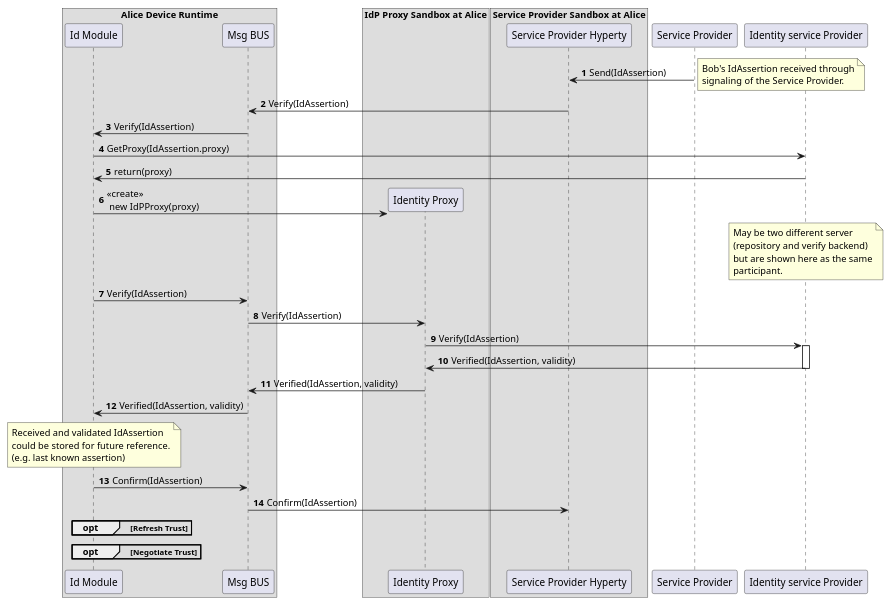
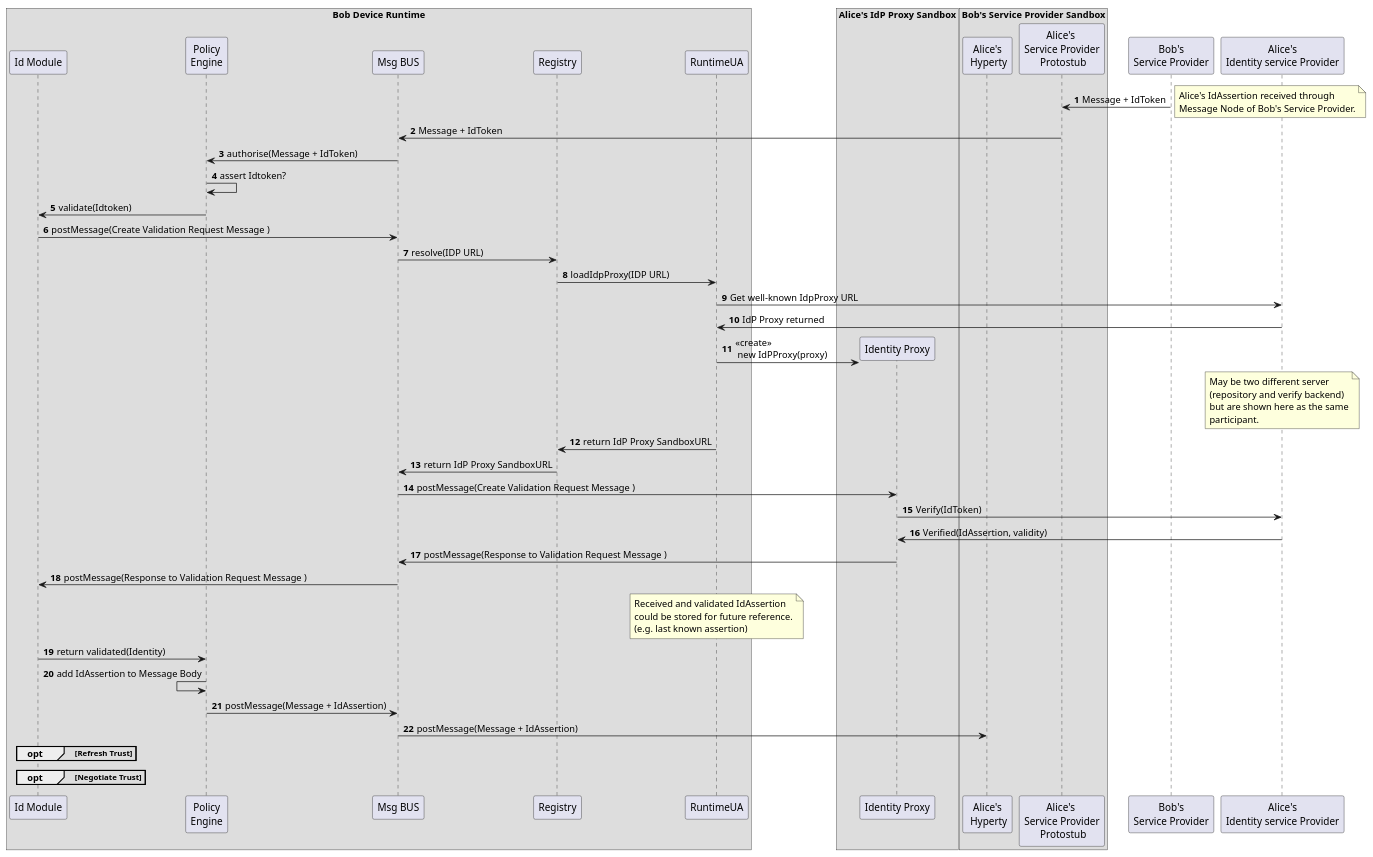
One commit to reTHINK-project/dev-service-framework changed the diagram in docs/specs/dynamic-view/identity-management/uid-assertion-seq.plantuml. Above: the diagram before and after it, drawn with PlantUML. The commit also changed 35 other files, not shown here.

First line of the commit message:
Message data model update: new MessageBody.identity optional attribute

```diff
--- a/docs/specs/dynamic-view/identity-management/uid-assertion-seq.plantuml
+++ b/docs/specs/dynamic-view/identity-management/uid-assertion-seq.plantuml
@@ -1,61 +1,76 @@
 @startuml "user-identity-assertion.png"
 autonumber
 
-box "Alice Device Runtime"
-        participant "Id Module" as runtime
+box "Bob Device Runtime"
+        participant "Id Module" as idm
+        participant "Policy\nEngine" as pep
         participant "Msg BUS" as msgbus
+        participant "Registry" as registry
+        participant "RuntimeUA" as runUA
 end box
-box "IdP Proxy Sandbox at Alice"
+box "Alice's IdP Proxy Sandbox"
         participant "Identity Proxy" as idpproxy
 end box
-box "Service Provider Sandbox at Alice"
-        participant "Service Provider Hyperty" as hyperty
+box "Bob's Service Provider Sandbox"
+        participant "Alice's\n Hyperty" as hyperty
+        participant "Alice's \nService Provider\n Protostub" as stub
 end box
-participant "Service Provider" as backend
-participant "Identity service Provider" as idp
+participant "Bob's\nService Provider" as backend
+participant "Alice's\nIdentity service Provider" as idp
 
-backend  -> hyperty     : Send(IdAssertion)
+backend  -> stub     : Message + IdToken
 note right
-        Bob's IdAssertion received through
-        signaling of the Service Provider.
+        Alice's IdAssertion received through
+        Message Node of Bob's Service Provider.
 end note
 
-hyperty  -> msgbus      : Verify(IdAssertion)
-msgbus   -> runtime     : Verify(IdAssertion)
-runtime  -> idp         : GetProxy(IdAssertion.proxy)
-idp      -> runtime     : return(proxy)
+stub  -> msgbus      : Message + IdToken
+msgbus   -> pep     : authorise(Message + IdToken)
+pep   -> pep     : assert Idtoken?
+pep   -> idm     : validate(Idtoken)
+
+msgbus   <- idm     : postMessage(Create Validation Request Message )
+msgbus   -> registry     : resolve(IDP URL)
+runUA  <- registry     : loadIdpProxy(IDP URL)
+runUA  -> idp         : Get well-known IdpProxy URL
+runUA  <- idp         : IdP Proxy returned
 create idpproxy
-runtime  -> idpproxy    : <<create>>\n new IdPProxy(proxy)
+runUA  -> idpproxy    : <<create>>\n new IdPProxy(proxy)
 
 note over idp
         May be two different server
         (repository and verify backend)
         but are shown here as the same
         participant.
 end note
 
-runtime  -> msgbus      : Verify(IdAssertion)
-msgbus   -> idpproxy    : Verify(IdAssertion)
-idpproxy -> idp         : Verify(IdAssertion)
-activate idp
+runUA  -> registry     : return IdP Proxy SandboxURL
+
+msgbus   <- registry     : return IdP Proxy SandboxURL
+
+msgbus   -> idpproxy    : postMessage(Create Validation Request Message )
+idpproxy -> idp         : Verify(IdToken)
 idp      -> idpproxy    : Verified(IdAssertion, validity)
-deactivate idp
-idpproxy -> msgbus      : Verified(IdAssertion, validity)
-msgbus   -> runtime     : Verified(IdAssertion, validity)
-note over runtime
+idpproxy -> msgbus      : postMessage(Response to Validation Request Message )
+msgbus   -> idm     : postMessage(Response to Validation Request Message )
+note over runUA
         Received and validated IdAssertion
         could be stored for future reference.
         (e.g. last known assertion)
 end note
 
-runtime  -> msgbus      : Confirm(IdAssertion)
-msgbus   -> hyperty     : Confirm(IdAssertion)
+pep   <- idm     : return validated(Identity)
+
+pep   <- pep     : add IdAssertion to Message Body
+
+pep  -> msgbus      : postMessage(Message + IdAssertion)
+msgbus   -> hyperty     : postMessage(Message + IdAssertion)
 
 opt Refresh Trust
 end
 
 opt Negotiate Trust
 end
 
 
 @enduml
```
